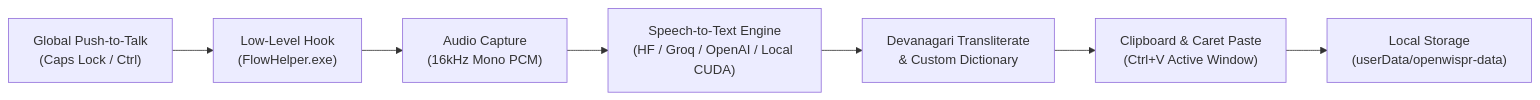
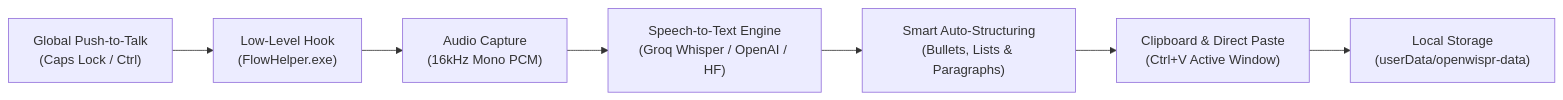
The diagram in README.md (rajviyash9136freefr-tech/OpenWisprFlow), drawn with Mermaid before and after one commit. The commit also changed other lines of this file and 11 other files, not shown here.

Commit message:
feat: add guided onboarding modal, groq engine, long speech auto-structuring, streak metrics, and security hardening

````diff
--- a/README.md
+++ b/README.md
@@ -117,9 +117,9 @@
 ```mermaid
 flowchart LR
     A["Global Push-to-Talk\n(Caps Lock / Ctrl)"] --> B["Low-Level Hook\n(FlowHelper.exe)"]
     B --> C["Audio Capture\n(16kHz Mono PCM)"]
-    C --> D["Speech-to-Text Engine\n(HF / Groq / OpenAI / Local CUDA)"]
-    D --> E["Devanagari Transliterate\n& Custom Dictionary"]
-    E --> F["Clipboard & Caret Paste\n(Ctrl+V Active Window)"]
+    C --> D["Speech-to-Text Engine\n(Groq Whisper / OpenAI / HF)"]
+    D --> E["Smart Auto-Structuring\n(Bullets, Lists & Paragraphs)"]
+    E --> F["Clipboard & Direct Paste\n(Ctrl+V Active Window)"]
     F --> G["Local Storage\n(userData/openwispr-data)"]
 ```
````
